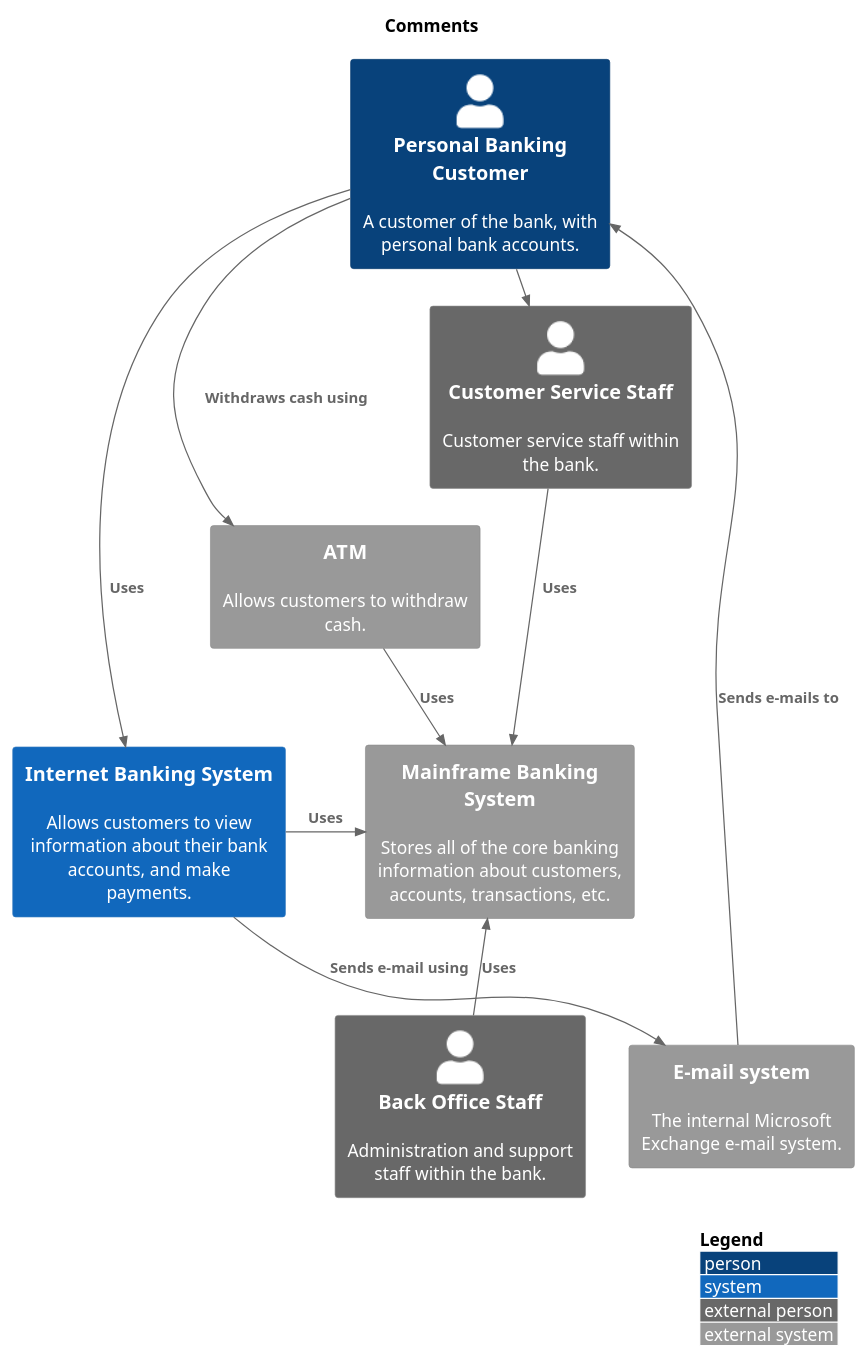
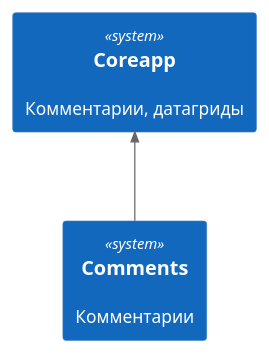
Before and after one commit to lulya31/some: the diagram in static/05_01_01_01_img/comments.puml, drawn with PlantUML. The commit also changed other lines of this file and 60 other files, not shown here.

```diff
--- a/static/05_01_01_01_img/comments.puml
+++ b/static/05_01_01_01_img/comments.puml
@@ -4,50 +4,34 @@
 @startuml
 
 '!include https://raw.githubusercontent.com/plantuml-stdlib/C4-PlantUML/master/C4_Context.puml
 
 ' uncomment the following line and comment the first to use locally
 ' !include C4_Context.puml
 
 !include static/includes/c4_context.puml
+!include static/includes/c4_container.puml
 
-skinparam svgLinkTarget _blank
+'left to right direction
 
-'LAYOUT_TOP_DOWN()
+'skinparam svgLinkTarget _blank
+skinparam backgroundcolor transparent
+
+<style>
+System {
+    MinimumWidth 300
+    MinimumHeight 150
+}
+</style>
+
+LAYOUT_TOP_DOWN()
 
 'LAYOUT_AS_SKETCH()
+'LAYOUT_WITH_LEGEND()
+'LAYOUT_LANDSCAPE()
 
-LAYOUT_WITH_LEGEND()
+System(coreapp, "Coreapp", "Комментарии, датагриды", $link="/05_c4/01_core/01_coreapp/")
+System(comments, "Comments", "Комментарии")
 
-title Comments
+Rel_U(comments, coreapp, "")
 
-Person(customer, Personal Banking Customer, "A customer of the bank, with personal bank accounts.", $link="https://github.com/plantuml-stdlib/C4-PlantUML")
-
-'Enterprise_Boundary(c0, "Big Bank plc") {
-    System(banking_system, "Internet Banking System", "Allows customers to view information about their bank accounts, and make payments.")
-
-    System_Ext(atm, "ATM", "Allows customers to withdraw cash.")
-    System_Ext(mail_system, "E-mail system", "The internal Microsoft Exchange e-mail system.")
-
-    System_Ext(mainframe, "Mainframe Banking System", "Stores all of the core banking information about customers, accounts, transactions, etc.")
-
-    Person_Ext(customer_service, "Customer Service Staff", "Customer service staff within the bank.")
-    Person_Ext(back_office, "Back Office Staff", "Administration and support staff within the bank.")
-'}
-
-Rel_Neighbor(customer, banking_system, "Uses")
-Rel_R(customer, atm, "Withdraws cash using")
-Rel_Back(customer, mail_system, "Sends e-mails to")
-
-Rel_R(customer, customer_service, "Asks questions to", "Telephone")
-
-Rel_D(banking_system, mail_system, "Sends e-mail using")
-Rel_R(atm, mainframe, "Uses")
-Rel_R(banking_system, mainframe, "Uses")
-Rel_D(customer_service, mainframe, "Uses")
-Rel_U(back_office, mainframe, "Uses")
-
-Lay_D(atm, banking_system)
-
-Lay_D(atm, customer)
-Lay_U(mail_system, customer)
 @enduml
```
